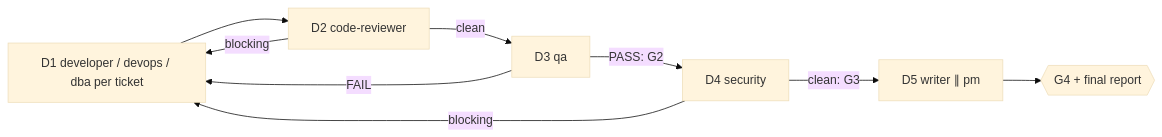
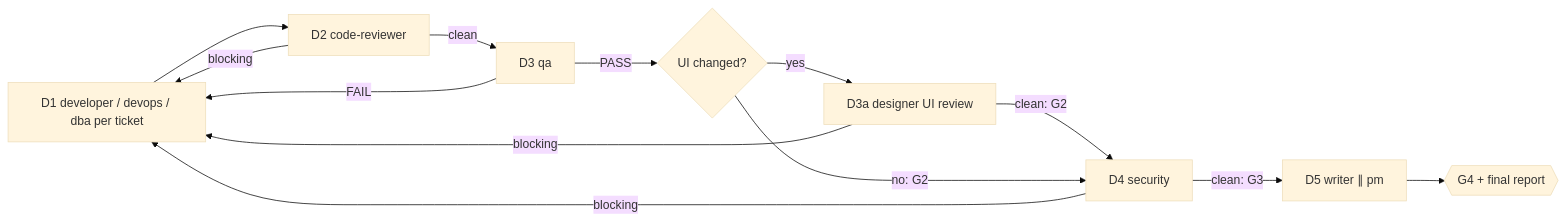
Before and after one commit to Tuan-Quyen/technical-teams: the third of 4 diagrams in commands/feature.md, drawn with Mermaid (base theme). The commit also changed other lines of this file and 22 other files, not shown here.

````diff
--- a/commands/feature.md
+++ b/commands/feature.md
@@ -95,11 +99,15 @@
 ```mermaid
 flowchart LR
   D[D1 developer / devops / dba per ticket] --> CR[D2 code-reviewer]
   CR -- blocking --> D
   CR -- clean --> Q[D3 qa]
   Q -- FAIL --> D
-  Q -- PASS: G2 --> SEC[D4 security]
+  Q -- PASS --> UIR{UI changed?}
+  UIR -- yes --> DR[D3a designer UI review]
+  DR -- blocking --> D
+  DR -- clean: G2 --> SEC[D4 security]
+  UIR -- no: G2 --> SEC
   SEC -- blocking --> D
   SEC -- clean: G3 --> W[D5 writer ∥ pm]
   W --> G4{{G4 + final report}}
 ```
````
